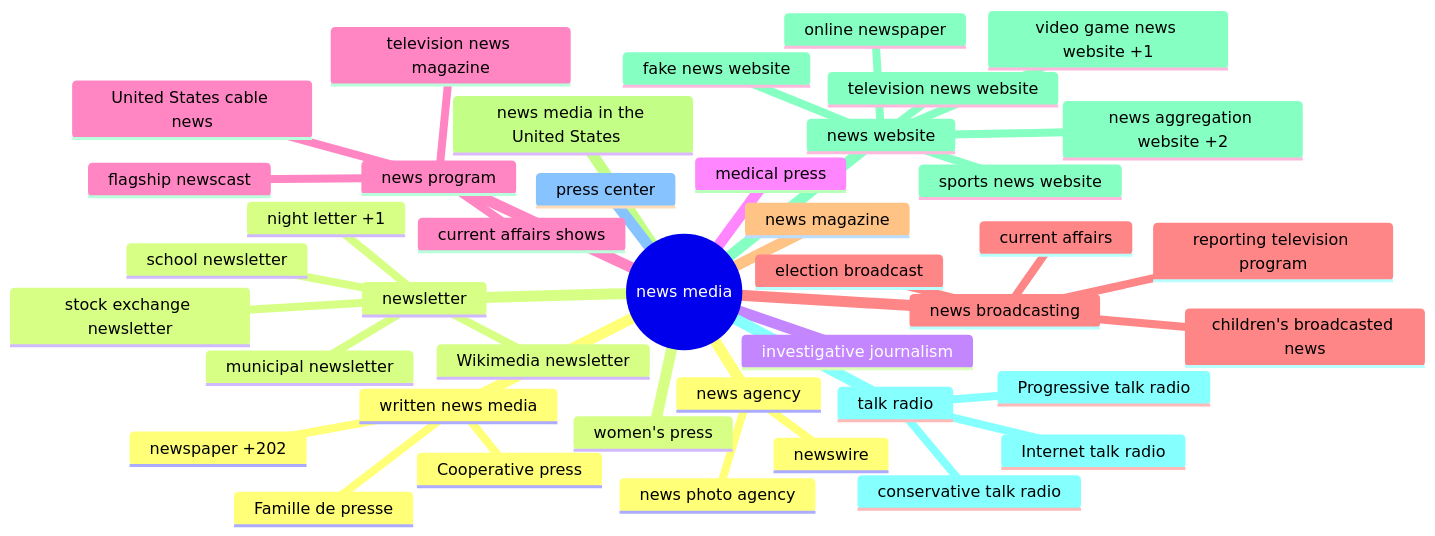
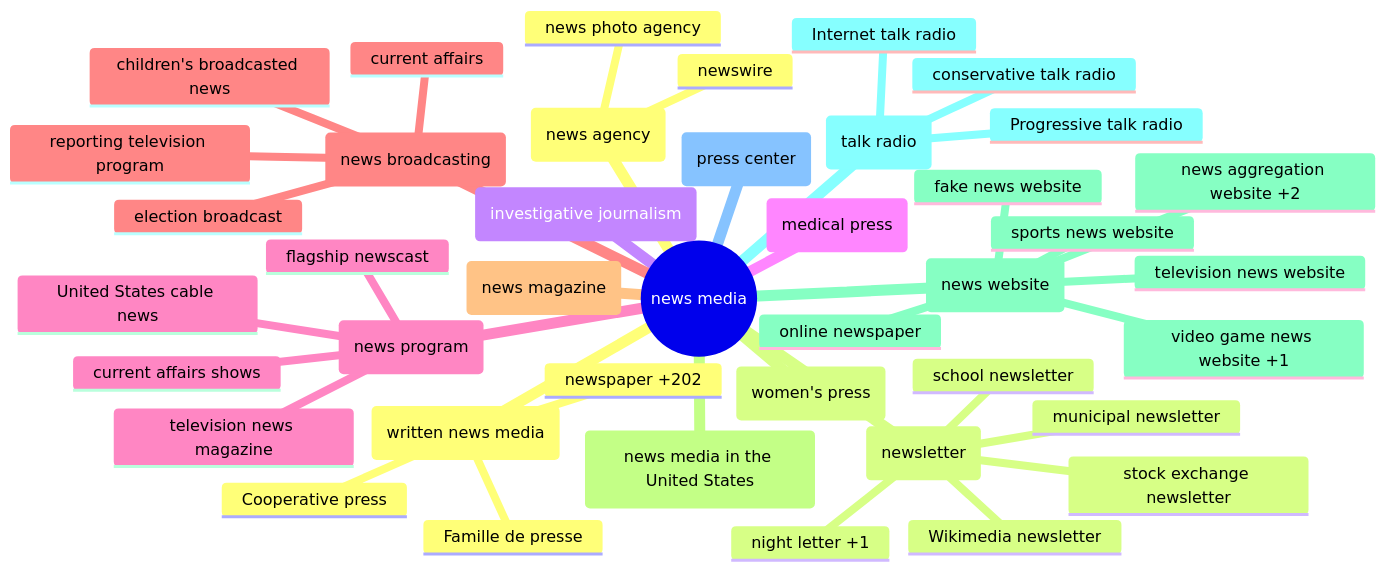
The diagram in code/readme.md (hearvox/wiki-media-cred), drawn with Mermaid before and after one commit.

Commit message:
Round edges of level2 on mindmap

````diff
--- a/code/readme.md
+++ b/code/readme.md
@@ -4,44 +4,44 @@
 ```mermaid
 mindmap
 	root((news media))
-		news agency	
+		id(news agency)
 			news photo agency
 			newswire
-		newsletter	
+		id(newsletter)
 			municipal newsletter
 			night letter +1
 			school newsletter
 			stock exchange newsletter
 			Wikimedia newsletter
-		investigative journalism	
-		medical press	
-		news program	
+		id(investigative journalism)	
+		id(medical press)	
+		id(news program)	
 			current affairs shows
 			flagship newscast
 			television news magazine
 			United States cable news
-		news broadcasting	
+		id(news broadcasting)	
 			children's broadcasted news
 			current affairs
 			election broadcast
 			reporting television program
-		news magazine	
-		news media in the United States	
-		news website	
+		id(news magazine)
+		id(news media in the United States)
+		id(news website)
 			fake news website
 			news aggregation website +2
 			online newspaper
 			sports news website
 			television news website
 			video game news website +1
-		talk radio	
+		id(talk radio)
 			conservative talk radio
 			Internet talk radio
 			Progressive talk radio
-		press center	
-		written news media	
+		id(press center)	
+		id(written news media)
 			Cooperative press
 			Famille de presse
 			newspaper +202
-		women's press
+		id(women's press)
  ```
````
